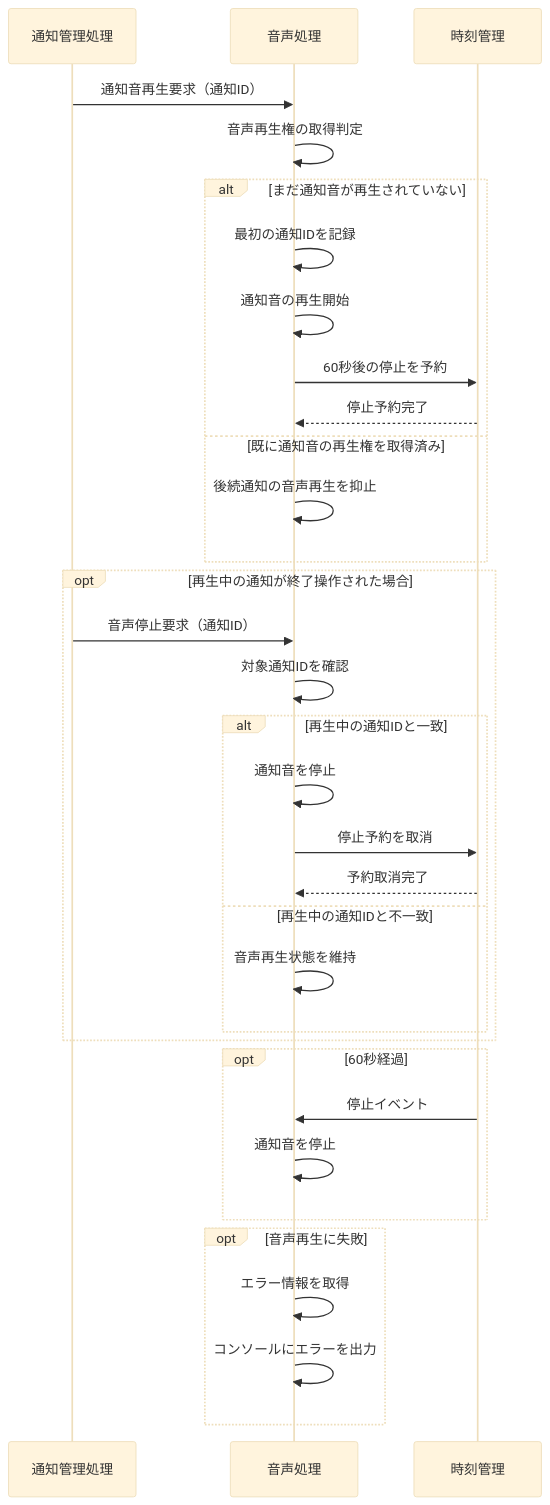
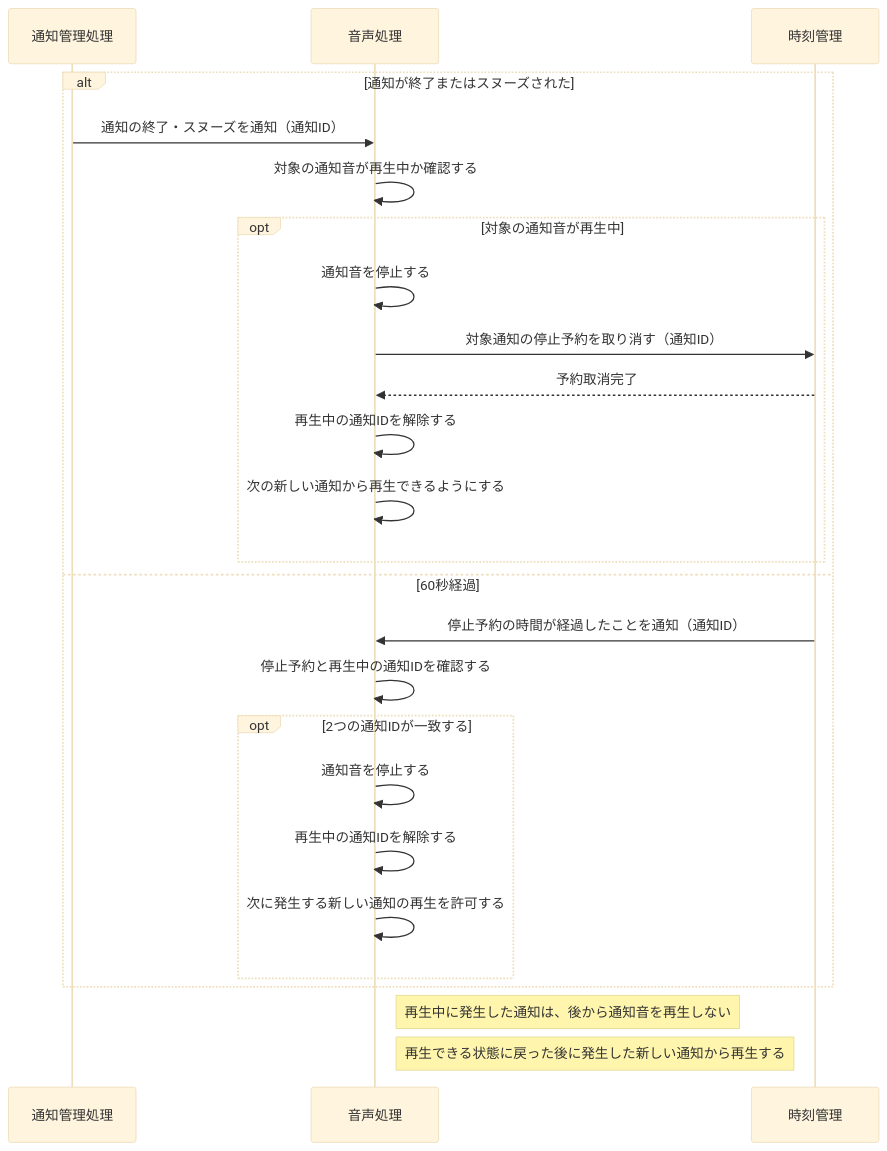
The sixth of 9 diagrams in document/設計/シーケンス図/共通シーケンス図.md (shun62201234-crypto/timerApplication), drawn with Mermaid (base theme) before and after one commit. The commit also changed other lines of this file, not shown here.

First line of the commit message:
共通シーケンス図

````diff
--- a/document/設計/シーケンス図/共通シーケンス図.md
+++ b/document/設計/シーケンス図/共通シーケンス図.md
@@ -61,41 +161,32 @@
 ```mermaid
 sequenceDiagram
     participant Notify as 通知管理処理
     participant Audio as 音声処理
     participant Clock as 時刻管理
 
-    Notify->>Audio: 通知音再生要求（通知ID）
-    Audio->>Audio: 音声再生権の取得判定
+    alt 通知が終了またはスヌーズされた
+        Notify->>Audio: 通知の終了・スヌーズを通知（通知ID）
+        Audio->>Audio: 対象の通知音が再生中か確認する
 
-    alt まだ通知音が再生されていない
-        Audio->>Audio: 最初の通知IDを記録
-        Audio->>Audio: 通知音の再生開始
-        Audio->>Clock: 60秒後の停止を予約
-        Clock-->>Audio: 停止予約完了
-    else 既に通知音の再生権を取得済み
-        Audio->>Audio: 後続通知の音声再生を抑止
-    end
+        opt 対象の通知音が再生中
+            Audio->>Audio: 通知音を停止する
+            Audio->>Clock: 対象通知の停止予約を取り消す（通知ID）
+            Clock-->>Audio: 予約取消完了
+            Audio->>Audio: 再生中の通知IDを解除する
+            Audio->>Audio: 次の新しい通知から再生できるようにする
+        end
 
-    opt 再生中の通知が終了操作された場合
-        Notify->>Audio: 音声停止要求（通知ID）
-        Audio->>Audio: 対象通知IDを確認
+    else 60秒経過
+        Clock->>Audio: 停止予約の時間が経過したことを通知（通知ID）
+        Audio->>Audio: 停止予約と再生中の通知IDを確認する
 
-        alt 再生中の通知IDと一致
-            Audio->>Audio: 通知音を停止
-            Audio->>Clock: 停止予約を取消
-            Clock-->>Audio: 予約取消完了
-        else 再生中の通知IDと不一致
-            Audio->>Audio: 音声再生状態を維持
+        opt 2つの通知IDが一致する
+            Audio->>Audio: 通知音を停止する
+            Audio->>Audio: 再生中の通知IDを解除する
+            Audio->>Audio: 次に発生する新しい通知の再生を許可する
         end
     end
 
-    opt 60秒経過
-        Clock->>Audio: 停止イベント
-        Audio->>Audio: 通知音を停止
-    end
-
-    opt 音声再生に失敗
-        Audio->>Audio: エラー情報を取得
-        Audio->>Audio: コンソールにエラーを出力
-    end
+    Note right of Audio: 再生中に発生した通知は、後から通知音を再生しない
+    Note right of Audio: 再生できる状態に戻った後に発生した新しい通知から再生する
 ```
````
